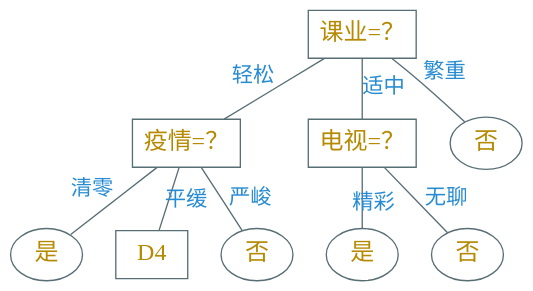
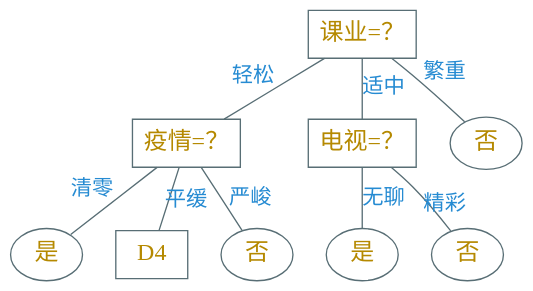
The diagram in dot/dt-divide-d4.dot (Avanti1980/course-ml), drawn with Graphviz before and after one commit. The commit also changed 24 other files, not shown here.

```diff
--- a/dot/dt-divide-d4.dot
+++ b/dot/dt-divide-d4.dot
@@ -1,27 +1,28 @@
 digraph g {
     graph [nodesep=0.35, ranksep=0.35]
     bgcolor="transparent"
     node [shape=box color="#586e75" fontcolor="#b58900" fontsize=18 fontname="Ysabeau,LXGWWenKai"]
     edge [color="#586e75" fontcolor="#268bd2" fontsize=16 fontname="Ysabeau,LXGWWenKai" arrowhead=none]
 
     "课业=？" -> "疫情=？" [xlabel="轻松"]
     "课业=？" -> "电视=？" [label="适中"]
 
     node [shape=ellipse]
 
     "课业=？" -> "否" [headlabel="繁重" labeldistance=4]
-    "电视=？" -> "是" [headlabel="精彩" labeldistance=2]
 
-    y2 [label="是"]
+    "电视=？" -> "是" [label="无聊"]
+
     n2 [label="否"]
+    "电视=？" -> n2 [headlabel="精彩" labeldistance=2]
 
-    "电视=？" -> n2 [label="无聊"]
+    y2 [label="是"]    
     "疫情=？" -> y2 [xlabel="清零"]
 
     node [shape=box]
     "疫情=？" -> "D4" [headlabel="平缓" labeldistance=3]
 
     node [shape=ellipse]
     n3 [label="否"]
     "疫情=？" -> n3 [label="严峻"]
 }
```
